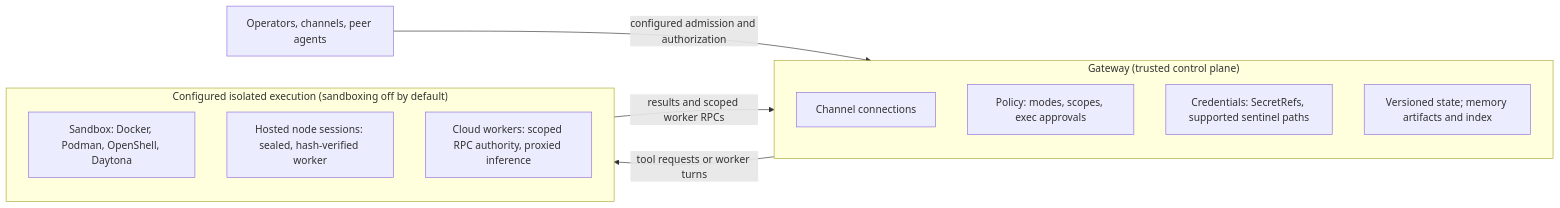
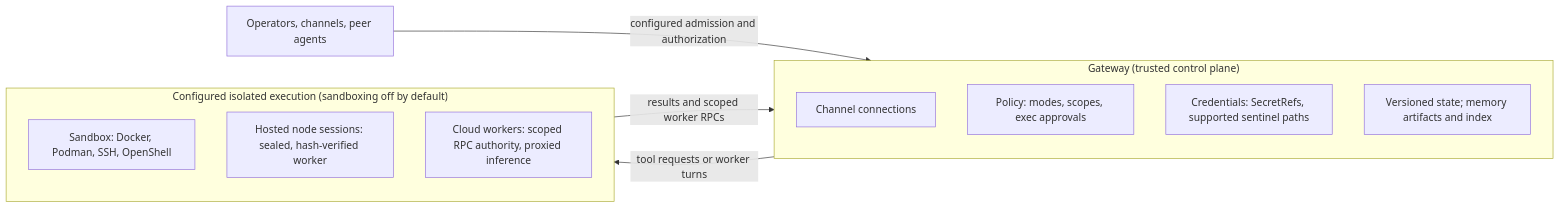
The first of 3 diagrams in docs/start/why-openclaw.md (123eyu/openclaw), drawn with Mermaid before and after one commit. The commit also changed other lines of this file and 33 other files, not shown here.

First line of the commit message:
fix(sandbox): revert Daytona cloud sandbox plugin (#130996)

````diff
--- a/docs/start/why-openclaw.md
+++ b/docs/start/why-openclaw.md
@@ -63,19 +63,19 @@
 ```mermaid actions={true} placement="top-right"
 flowchart LR
   subgraph GW["Gateway (trusted control plane)"]
     direction TB
     CH["Channel connections"]
     POL["Policy: modes, scopes, exec approvals"]
     SEC["Credentials: SecretRefs, supported sentinel paths"]
     ST["Versioned state; memory artifacts and index"]
   end
   subgraph EX["Configured isolated execution (sandboxing off by default)"]
     direction TB
-    SB["Sandbox: Docker, Podman, OpenShell, Daytona"]
+    SB["Sandbox: Docker, Podman, SSH, OpenShell"]
     ND["Hosted node sessions: sealed, hash-verified worker"]
     CW["Cloud workers: scoped RPC authority, proxied inference"]
   end
   OP["Operators, channels, peer agents"] -->|"configured admission and authorization"| GW
   GW -->|"tool requests or worker turns"| EX
   EX -->|"results and scoped worker RPCs"| GW
 ```
````
